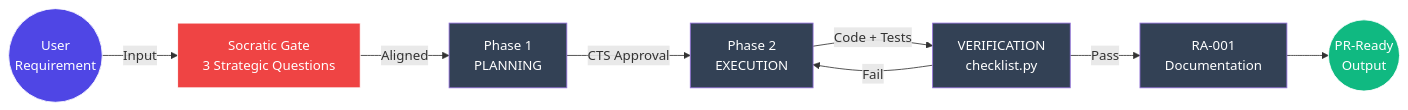
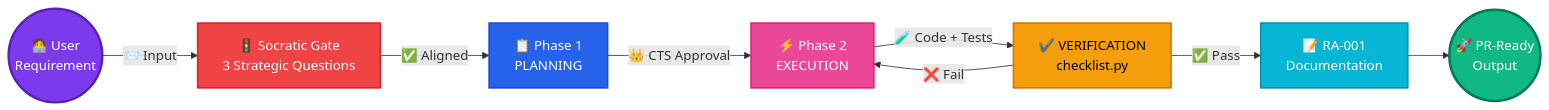
One commit to Ab-aswini/Agent-kit-P1 changed the fourth of 7 diagrams in README.md. Above: the diagram before and after it, drawn with Mermaid. The commit also changed other lines of this file, not shown here.

Commit message:
docs: candy-style README with vibrant Mermaid diagrams, UI&UX branding, enhanced install section

````diff
--- a/README.md
+++ b/README.md
@@ -272,21 +314,21 @@
 ```mermaid
 %%{init: {'theme': 'default'}}%%
 
 flowchart LR
-  REQ((User<br/>Requirement)) -->|Input| GATE["Socratic Gate<br/>3 Strategic Questions"]
-  GATE -->|Aligned| PLAN["Phase 1<br/>PLANNING"]
-  PLAN -->|CTS Approval| EXEC["Phase 2<br/>EXECUTION"]
-  EXEC -->|Code + Tests| VER["VERIFICATION<br/>checklist.py"]
-  VER -->|Pass| DOC["RA-001<br/>Documentation"]
-  DOC --> SHIP((PR-Ready<br/>Output))
+  REQ((🧑‍💻 User<br/>Requirement)) -->|"📨 Input"| GATE["🚦 Socratic Gate<br/>3 Strategic Questions"]
+  GATE -->|"✅ Aligned"| PLAN["📋 Phase 1<br/>PLANNING"]
+  PLAN -->|"👑 CTS Approval"| EXEC["⚡ Phase 2<br/>EXECUTION"]
+  EXEC -->|"🧪 Code + Tests"| VER["✔️ VERIFICATION<br/>checklist.py"]
+  VER -->|"✅ Pass"| DOC["📝 RA-001<br/>Documentation"]
+  DOC --> SHIP((🚀 PR-Ready<br/>Output))
 
-  VER -->|Fail| EXEC
+  VER -->|"❌ Fail"| EXEC
 
-  style REQ fill:#4F46E5,color:#fff,stroke:#fff
-  style SHIP fill:#10B981,color:#fff,stroke:#fff
-  style GATE fill:#EF4444,color:#fff,stroke:#fff
-  style PLAN fill:#334155,color:#fff
-  style EXEC fill:#334155,color:#fff
-  style VER fill:#334155,color:#fff
-  style DOC fill:#334155,color:#fff
+  style REQ fill:#7C3AED,color:#fff,stroke:#5B21B6,stroke-width:3px
+  style GATE fill:#EF4444,color:#fff,stroke:#DC2626,stroke-width:2px
+  style PLAN fill:#2563EB,color:#fff,stroke:#1D4ED8,stroke-width:2px
+  style EXEC fill:#EC4899,color:#fff,stroke:#DB2777,stroke-width:2px
+  style VER fill:#F59E0B,color:#000,stroke:#D97706,stroke-width:2px
+  style DOC fill:#06B6D4,color:#fff,stroke:#0891B2,stroke-width:2px
+  style SHIP fill:#10B981,color:#fff,stroke:#047857,stroke-width:3px
 ```
````
